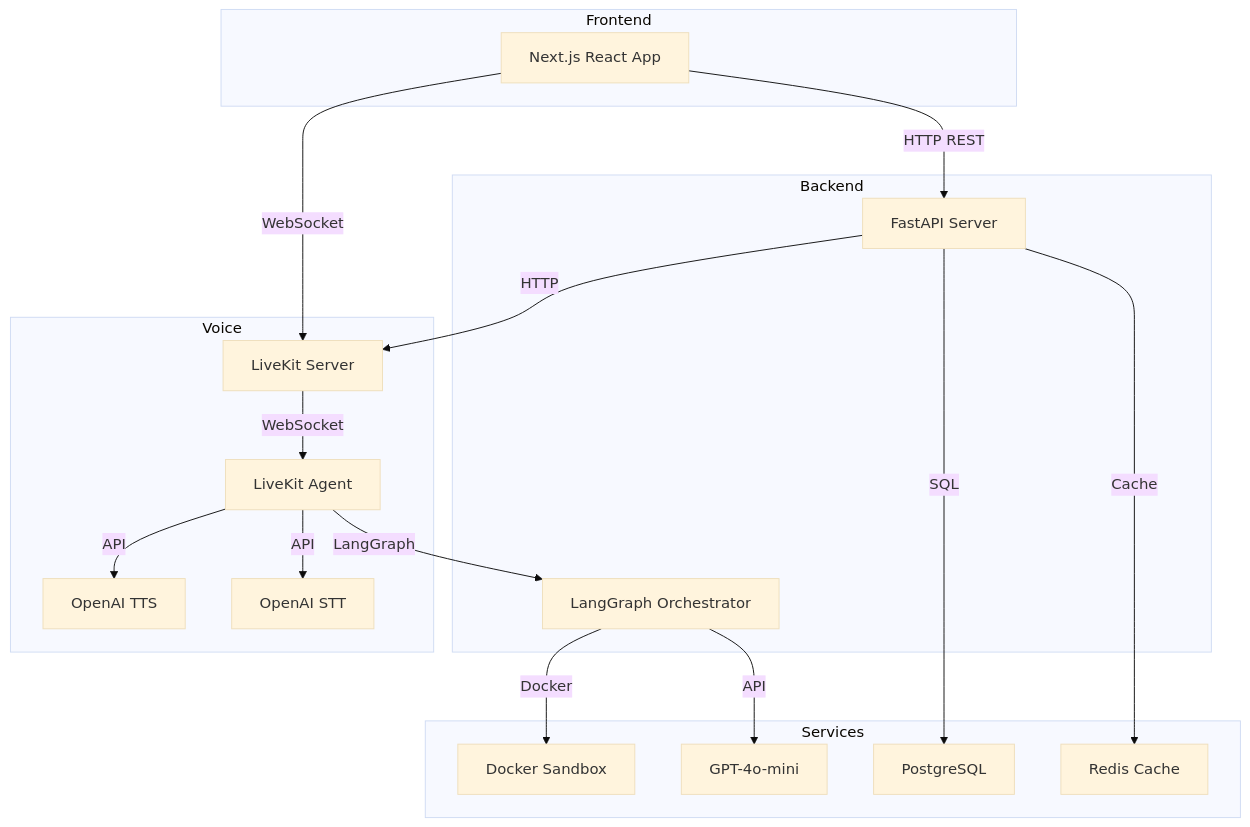
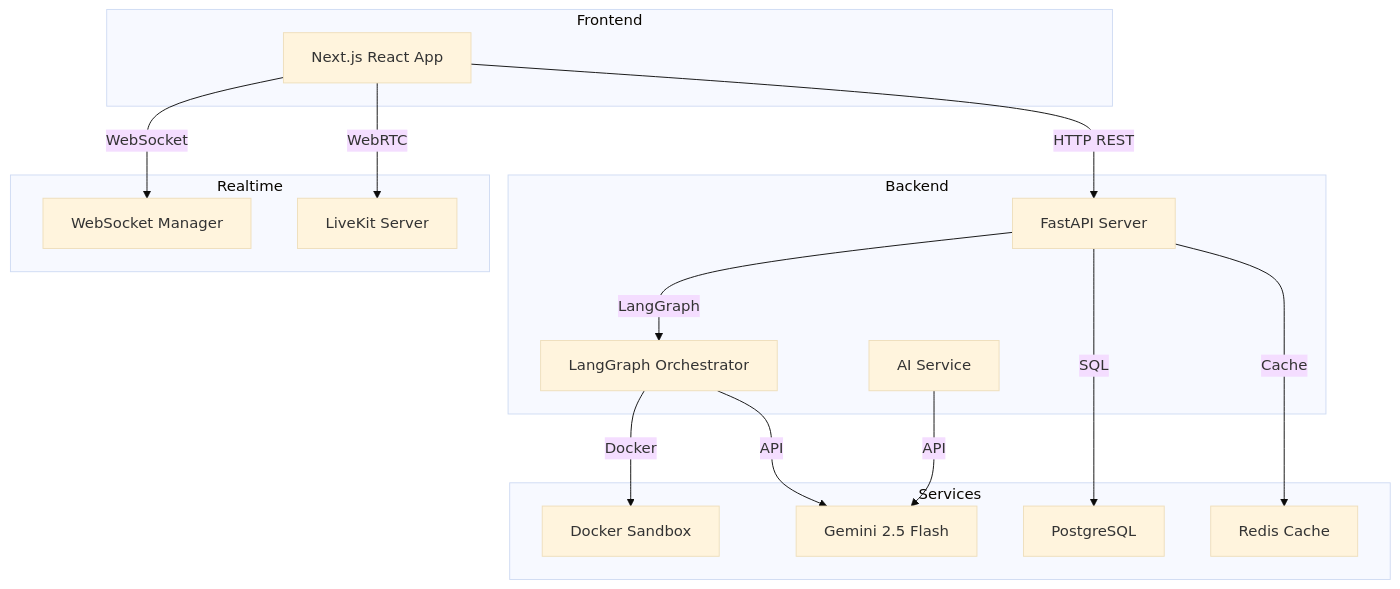
Before and after one commit to M0nGKol/SomPheas-AI-Interviewer: the first of 2 diagrams in README.md, drawn with Mermaid (base theme). The commit also changed other lines of this file, not shown here.

````diff
--- a/README.md
+++ b/README.md
@@ -32,37 +24,34 @@
 ```mermaid
 graph TB
     subgraph Frontend
         FE[Next.js React App]
     end
 
     subgraph Backend
         API[FastAPI Server]
         ORCH[LangGraph Orchestrator]
+        AI[AI Service]
     end
 
-    subgraph Voice
+    subgraph Realtime
+        WS[WebSocket Manager]
         LK[LiveKit Server]
-        AGENT[LiveKit Agent]
-        TTS[OpenAI TTS]
-        STT[OpenAI STT]
     end
 
     subgraph Services
         SB[Docker Sandbox]
-        LLM[GPT-4o-mini]
+        LLM[Gemini 2.5 Flash]
         DB[PostgreSQL]
         REDIS[Redis Cache]
     end
 
     FE -->|HTTP REST| API
-    FE -->|WebSocket| LK
-    API -->|HTTP| LK
+    FE -->|WebSocket| WS
+    FE -->|WebRTC| LK
     API -->|SQL| DB
     API -->|Cache| REDIS
-    LK -->|WebSocket| AGENT
-    AGENT -->|LangGraph| ORCH
+    API -->|LangGraph| ORCH
     ORCH -->|API| LLM
     ORCH -->|Docker| SB
-    AGENT -->|API| TTS
-    AGENT -->|API| STT
+    AI -->|API| LLM
 ```
````
